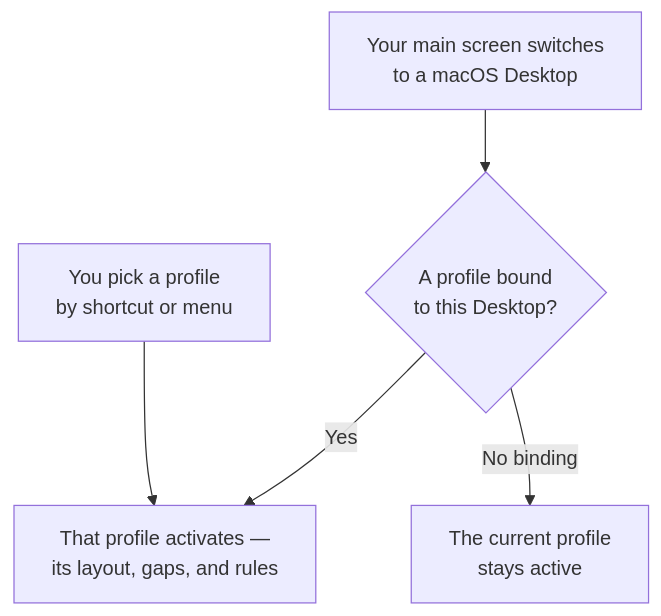
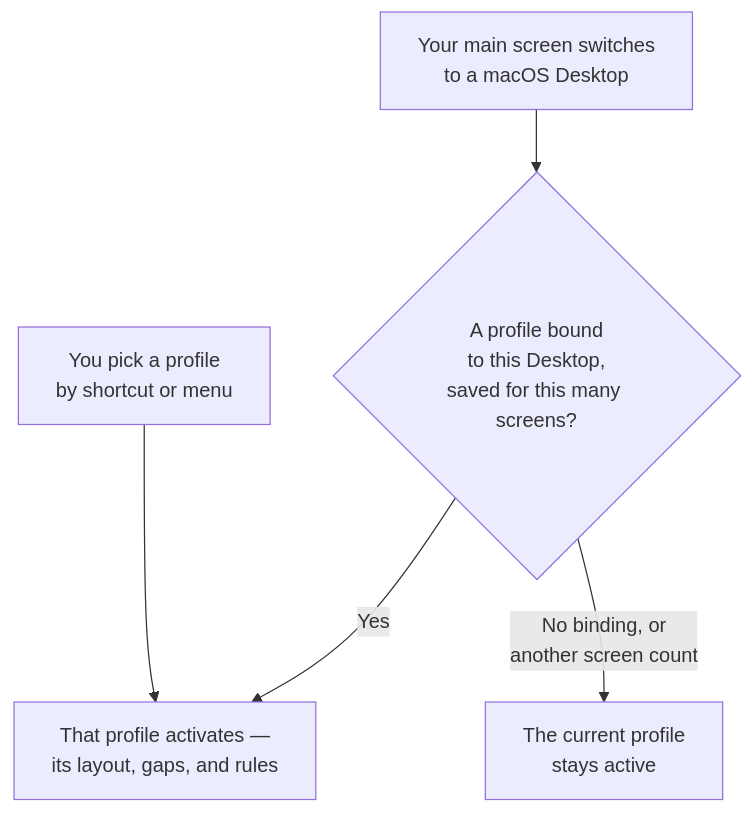
Before and after one commit to KiwiCanopy/KiwiDesk: the diagram in docs/user-guide.md, drawn with Mermaid. The commit also changed other lines of this file and 33 other files, not shown here.

First line of the commit message:
fix(profiles): a Desktop binding fires only for its profile's screen count (#1437)

````diff
--- a/docs/user-guide.md
+++ b/docs/user-guide.md
@@ -801,7 +811,7 @@
 ```mermaid
 flowchart TD
-    S["Your main screen switches<br/>to a macOS Desktop"] --> B{"A profile bound<br/>to this Desktop?"}
+    S["Your main screen switches<br/>to a macOS Desktop"] --> B{"A profile bound<br/>to this Desktop,<br/>saved for this many screens?"}
     B -->|"Yes"| A["That profile activates —<br/>its layout, gaps, and rules"]
-    B -->|"No binding"| K["The current profile<br/>stays active"]
+    B -->|"No binding, or<br/>another screen count"| K["The current profile<br/>stays active"]
     P["You pick a profile<br/>by shortcut or menu"] --> A
 ```
````
